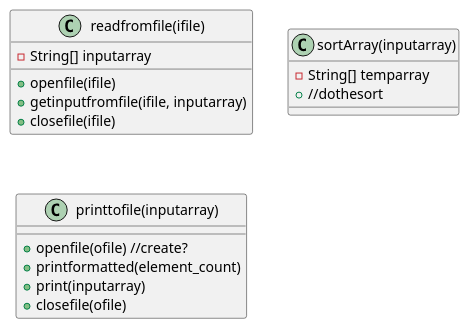
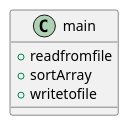
Before and after one commit to kiwibrie/juntunen-cop3330-assignment3: the diagram in src/main/java/ex41/NameSorter.puml, drawn with PlantUML. The commit also changed 5 other files, not shown here.

```diff
--- a/src/main/java/ex41/NameSorter.puml
+++ b/src/main/java/ex41/NameSorter.puml
@@ -1,23 +1,11 @@
 @startuml
 'https://plantuml.com/class-diagram
 
-class readfromfile(ifile){
-    - String[] inputarray
-    + openfile(ifile)
-    + getinputfromfile(ifile, inputarray)
-    + closefile(ifile)
+class main{
+    + readfromfile
+    + sortArray
+    + writetofile
 }
 
-class sortArray(inputarray){
-    - String[] temparray
-    + //dothesort
-}
-
-class printtofile(inputarray){
-    + openfile(ofile) //create?
-    + printformatted(element_count)
-    + print(inputarray)
-    + closefile(ofile)
-}
 
 @enduml
```
